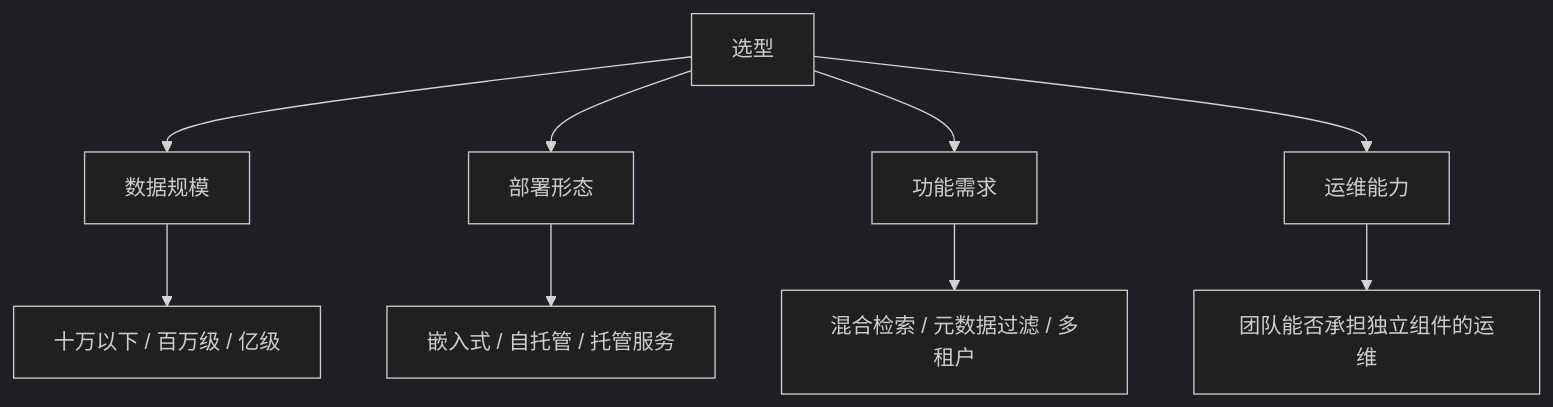
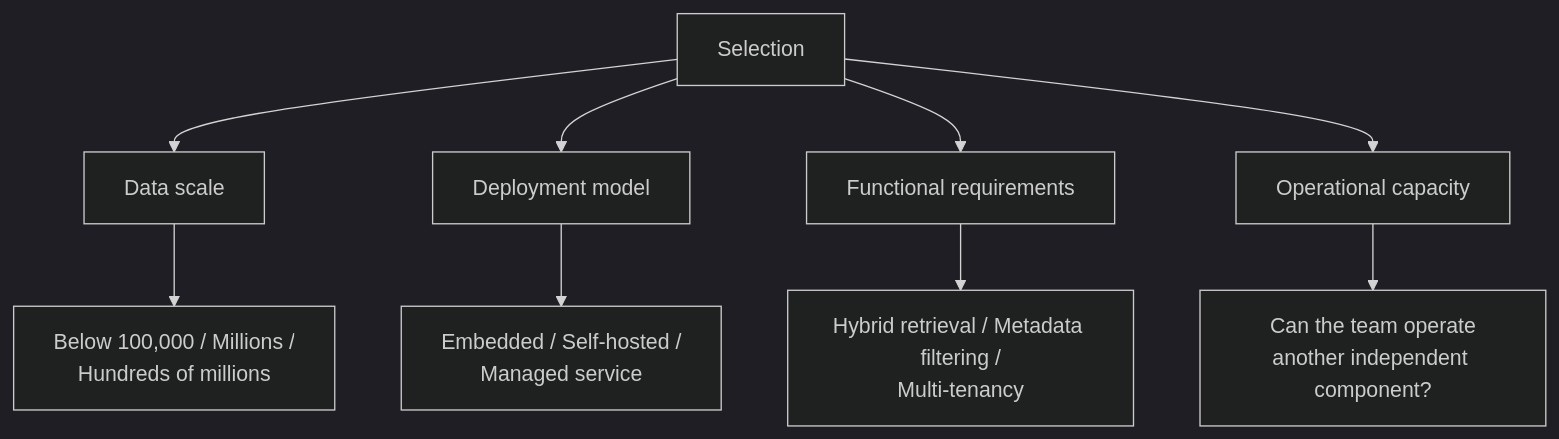
The third of 3 diagrams in docs/rag/02-ingestion-indexing/08-vector-database.md (oneleaveknowsthefall/awesome-ai-roadmap), drawn with Mermaid (dark theme) before and after one commit. The commit also changed other lines of this file and 60 other files, not shown here.

````diff
--- a/docs/rag/02-ingestion-indexing/08-vector-database.md
+++ b/docs/rag/02-ingestion-indexing/08-vector-database.md
@@ -144,12 +144,12 @@
 ```mermaid
 flowchart TB
-    SEL[选型] --> D1[数据规模]
-    SEL --> D2[部署形态]
-    SEL --> D3[功能需求]
-    SEL --> D4[运维能力]
+    SEL[Selection] --> D1[Data scale]
+    SEL --> D2[Deployment model]
+    SEL --> D3[Functional requirements]
+    SEL --> D4[Operational capacity]
 
-    D1 --> A1[十万以下 / 百万级 / 亿级]
-    D2 --> A2[嵌入式 / 自托管 / 托管服务]
-    D3 --> A3[混合检索 / 元数据过滤 / 多租户]
-    D4 --> A4[团队能否承担独立组件的运维]
+    D1 --> A1[Below 100,000 / Millions /<br/>Hundreds of millions]
+    D2 --> A2[Embedded / Self-hosted /<br/>Managed service]
+    D3 --> A3[Hybrid retrieval / Metadata filtering /<br/>Multi-tenancy]
+    D4 --> A4[Can the team operate<br/>another independent component?]
 ```
````
